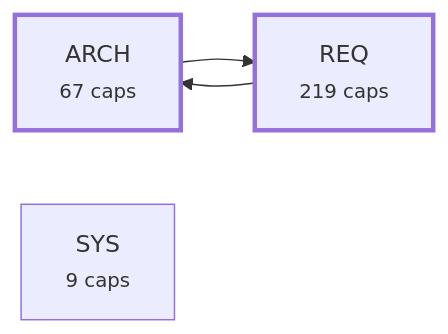
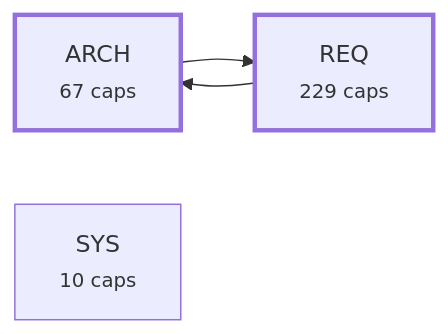
Before and after one commit to alxmax/Requirement-manager: the third of 4 diagrams in plugin/requirements/_map.md, drawn with Mermaid. The commit also changed other lines of this file and 172 other files, not shown here.

````diff
--- a/plugin/requirements/_map.md
+++ b/plugin/requirements/_map.md
@@ -1036,10 +1065,10 @@
 ```mermaid
 graph LR
   a_ARCH["ARCH<br><small>67 caps</small>"]
-  a_REQ["REQ<br><small>219 caps</small>"]
-  a_SYS["SYS<br><small>9 caps</small>"]
+  a_REQ["REQ<br><small>229 caps</small>"]
+  a_SYS["SYS<br><small>10 caps</small>"]
   a_ARCH --> a_REQ
   a_REQ --> a_ARCH
   style a_ARCH stroke-width:3px
   style a_REQ stroke-width:3px
 ```
````
